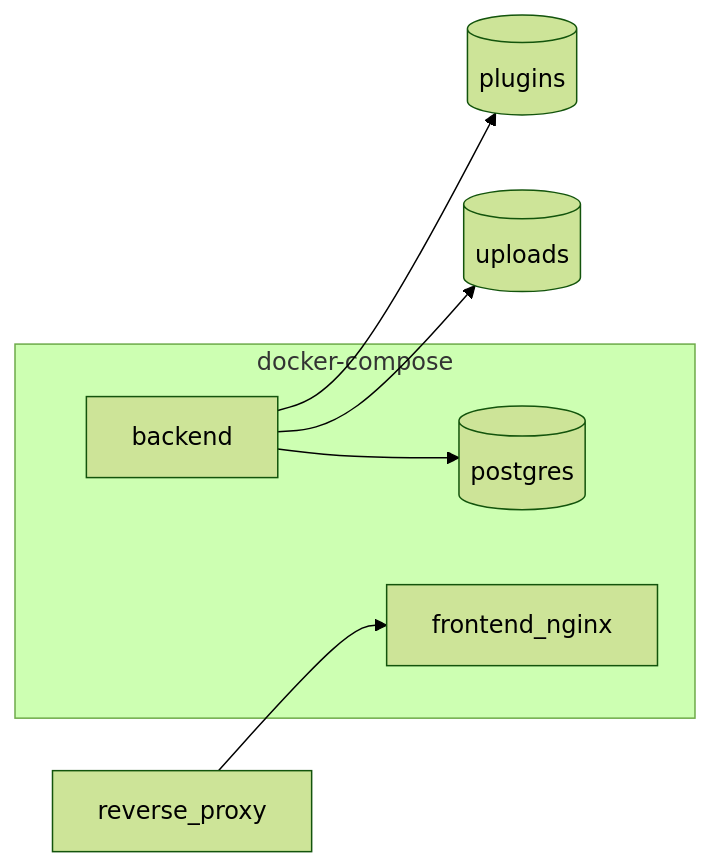
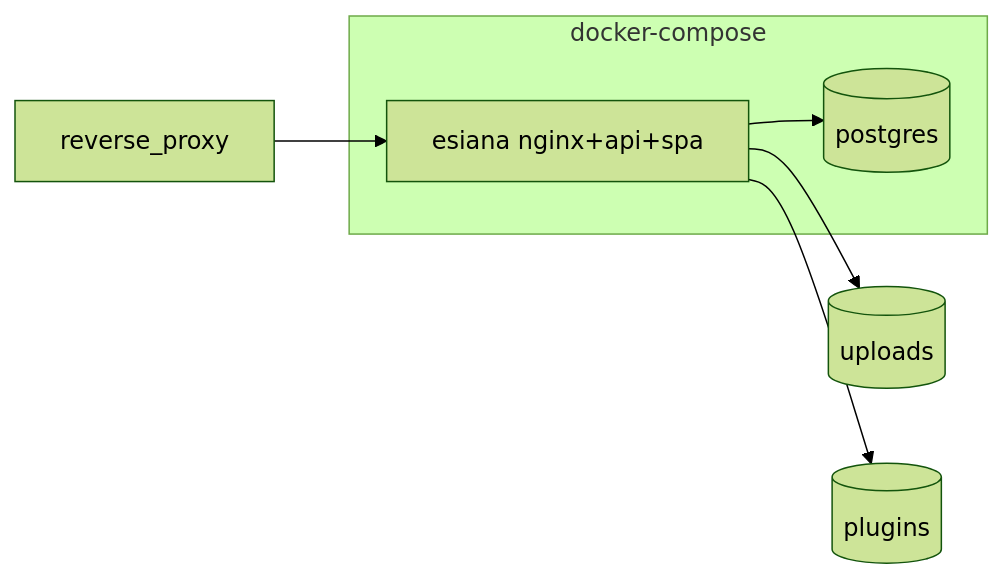
Before and after one commit to Esiana-ttrpg/docs: the diagram in self-hosting/docker.md, drawn with Mermaid (forest theme). The commit also changed other lines of this file and 5 other files, not shown here.

````diff
--- a/self-hosting/docker.md
+++ b/self-hosting/docker.md
@@ -11,12 +11,11 @@
 ```mermaid
 flowchart LR
   subgraph compose [docker-compose]
     PG[(postgres)]
-    BE[backend]
-    FE[frontend_nginx]
+    APP[esiana nginx+api+spa]
   end
-  RP[reverse_proxy] --> FE
-  BE --> PG
-  BE --> VolUploads[(uploads)]
-  BE --> VolPlugins[(plugins)]
+  RP[reverse_proxy] --> APP
+  APP --> PG
+  APP --> VolUploads[(uploads)]
+  APP --> VolPlugins[(plugins)]
 ```
````
